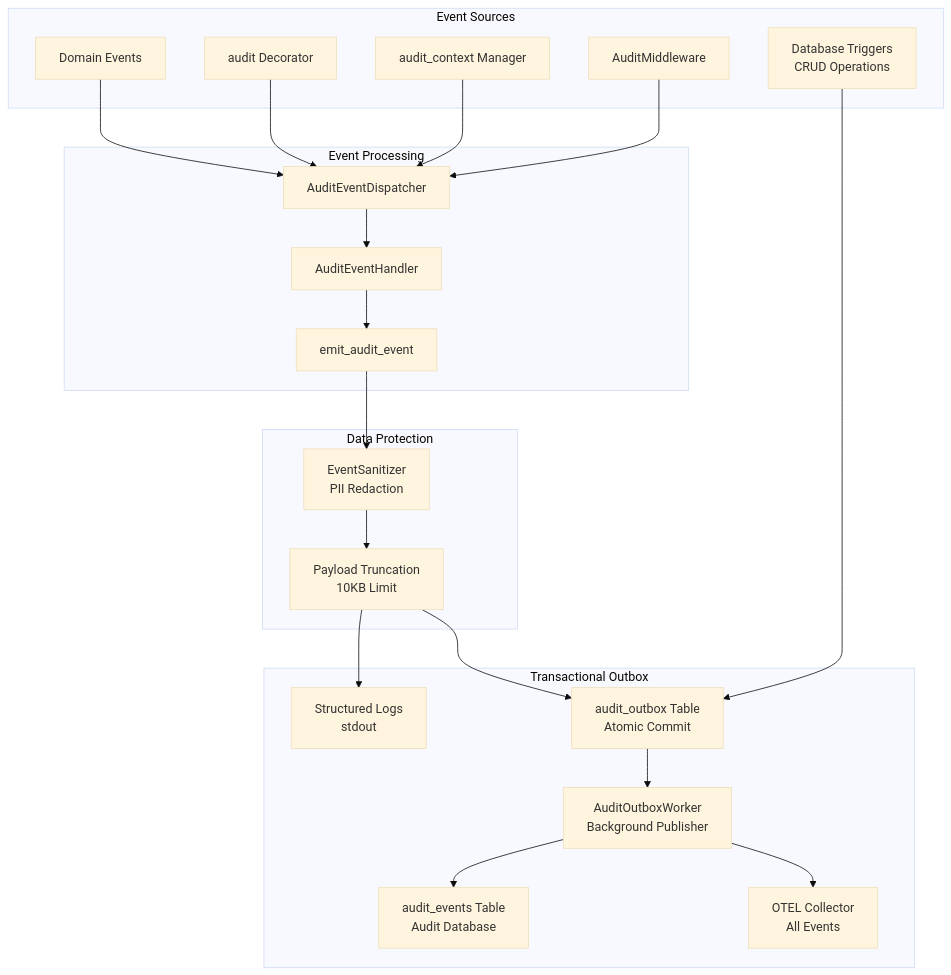
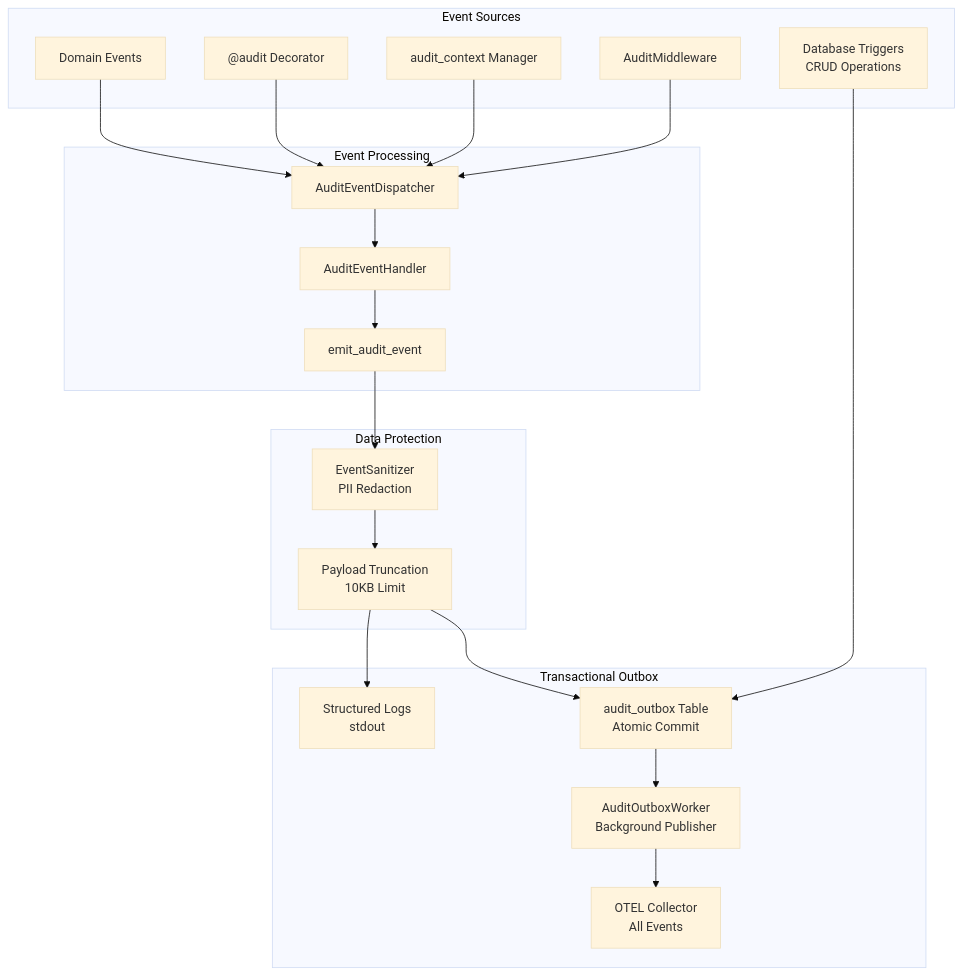
The first of 8 diagrams in backend/docs/audit.md (alinabuzachis/syntara), drawn with Mermaid (base theme) before and after one commit. The commit also changed other lines of this file and 685 other files, not shown here.

````diff
--- a/backend/docs/audit.md
+++ b/backend/docs/audit.md
@@ -40,44 +40,42 @@
 ```mermaid
 graph TB
     subgraph "Event Sources"
         A1[Domain Events]
-        A2[audit Decorator]
+        A2["@audit Decorator"]
         A3[audit_context Manager]
         A4[AuditMiddleware]
         A5[Database Triggers<br/>CRUD Operations]
     end
 
     subgraph "Event Processing"
         B1[AuditEventDispatcher]
         B2[AuditEventHandler]
         B3[emit_audit_event]
     end
 
     subgraph "Data Protection"
         C1[EventSanitizer<br/>PII Redaction]
         C2[Payload Truncation<br/>10KB Limit]
     end
 
     subgraph "Transactional Outbox"
         D1[Structured Logs<br/>stdout]
         D2[audit_outbox Table<br/>Atomic Commit]
         D3[AuditOutboxWorker<br/>Background Publisher]
-        D4[audit_events Table<br/>Audit Database]
         D5[OTEL Collector<br/>All Events]
     end
 
     A1 --> B1
     A2 --> B1
     A3 --> B1
     A4 --> B1
     A5 --> D2
     B1 --> B2
     B2 --> B3
     B3 --> C1
     C1 --> C2
     C2 --> D1
     C2 --> D2
     D2 --> D3
-    D3 --> D4
     D3 --> D5
 ```
````
